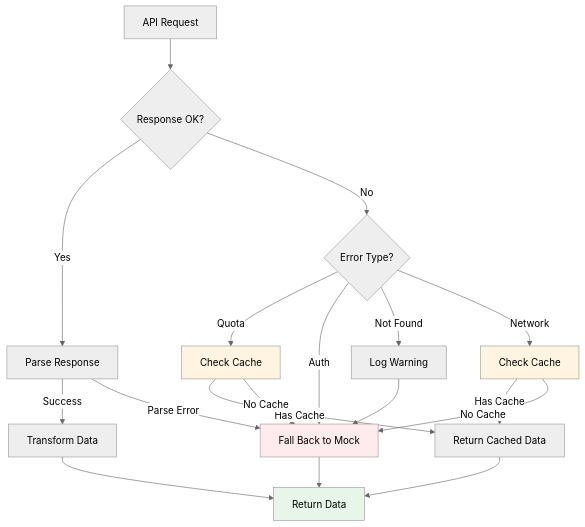
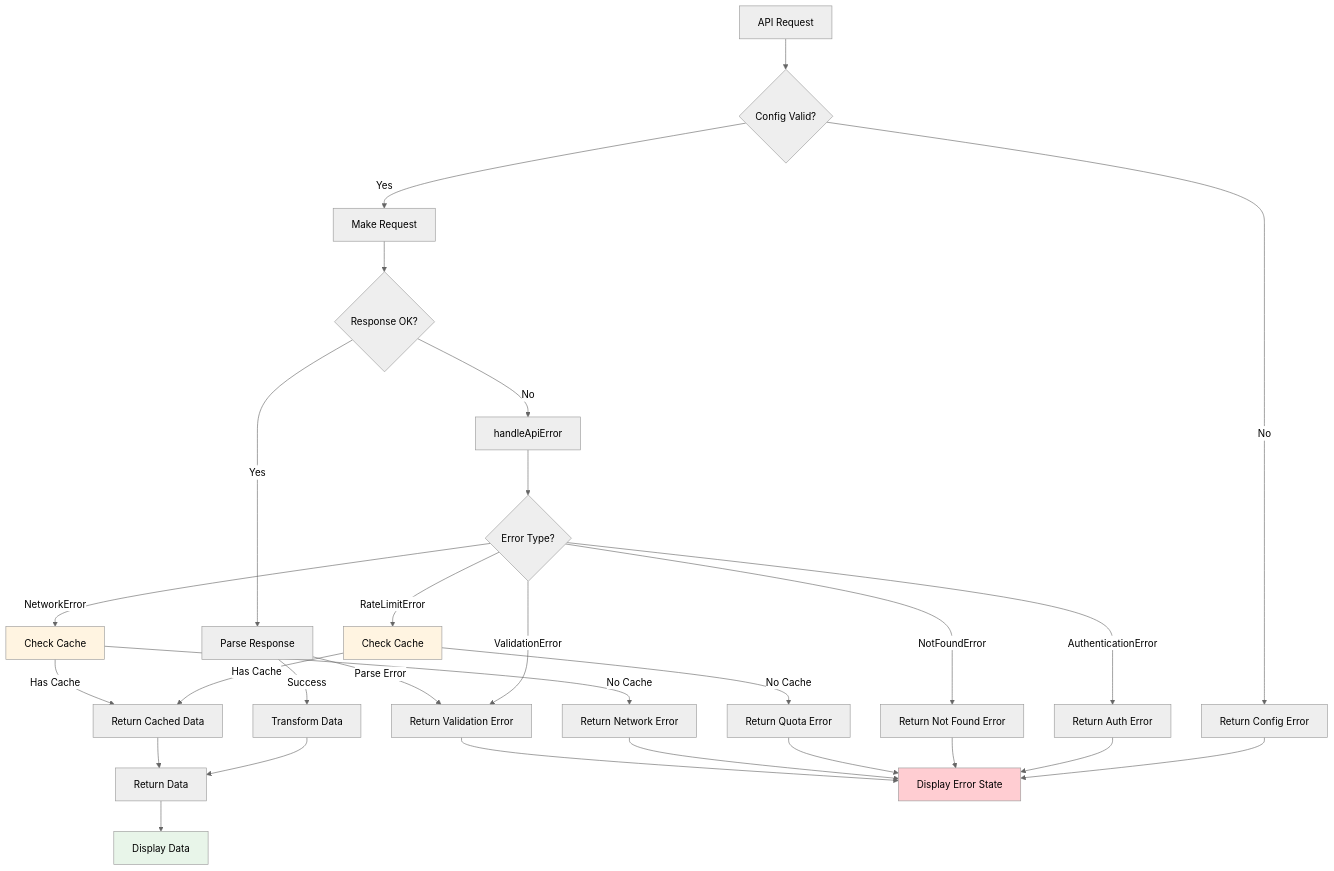
Before and after one commit to degui1/resume-next: the second of 2 diagrams in .kiro/specs/youtube-metrics-integration/design.md, drawn with Mermaid (neutral theme). The commit also changed other lines of this file and 20 other files, not shown here.

Commit message:
This feature integrates the YouTube Data API v3 to fetch and display real-time channel statistics and metrics for the portfolio website.

````diff
--- a/.kiro/specs/youtube-metrics-integration/design.md
+++ b/.kiro/specs/youtube-metrics-integration/design.md
@@ -568,30 +733,41 @@
 ```mermaid
 graph TD
-    A[API Request] --> B{Response OK?}
-    B -->|Yes| C[Parse Response]
-    B -->|No| D{Error Type?}
+    A[API Request] --> B{Config Valid?}
+    B -->|No| C[Return Config Error]
+    B -->|Yes| D[Make Request]
     
-    D -->|Quota| E[Check Cache]
-    D -->|Auth| F[Fall Back to Mock]
-    D -->|Not Found| G[Log Warning]
-    D -->|Network| H[Check Cache]
+    D --> E{Response OK?}
+    E -->|Yes| F[Parse Response]
+    E -->|No| G[handleApiError]
     
-    E -->|Has Cache| I[Return Cached Data]
-    E -->|No Cache| F
+    G --> H{Error Type?}
+    H -->|RateLimitError| I[Check Cache]
+    H -->|AuthenticationError| J[Return Auth Error]
+    H -->|NotFoundError| K[Return Not Found Error]
+    H -->|NetworkError| L[Check Cache]
+    H -->|ValidationError| M[Return Validation Error]
     
-    G --> F
-    H -->|Has Cache| I
-    H -->|No Cache| F
+    I -->|Has Cache| N[Return Cached Data]
+    I -->|No Cache| O[Return Quota Error]
     
-    C -->|Success| J[Transform Data]
-    C -->|Parse Error| F
+    L -->|Has Cache| N
+    L -->|No Cache| P[Return Network Error]
     
-    J --> K[Return Data]
-    I --> K
-    F --> K
+    F -->|Success| Q[Transform Data]
+    F -->|Parse Error| M
     
-    style E fill:#fff4e1
-    style H fill:#fff4e1
-    style F fill:#ffebee
-    style K fill:#e8f5e9
+    Q --> R[Return Data]
+    N --> R
+    C --> S[Display Error State]
+    J --> S
+    K --> S
+    O --> S
+    P --> S
+    M --> S
+    R --> T[Display Data]
+    
+    style I fill:#fff4e1
+    style L fill:#fff4e1
+    style S fill:#ffcdd2
+    style T fill:#e8f5e9
 ```
````
